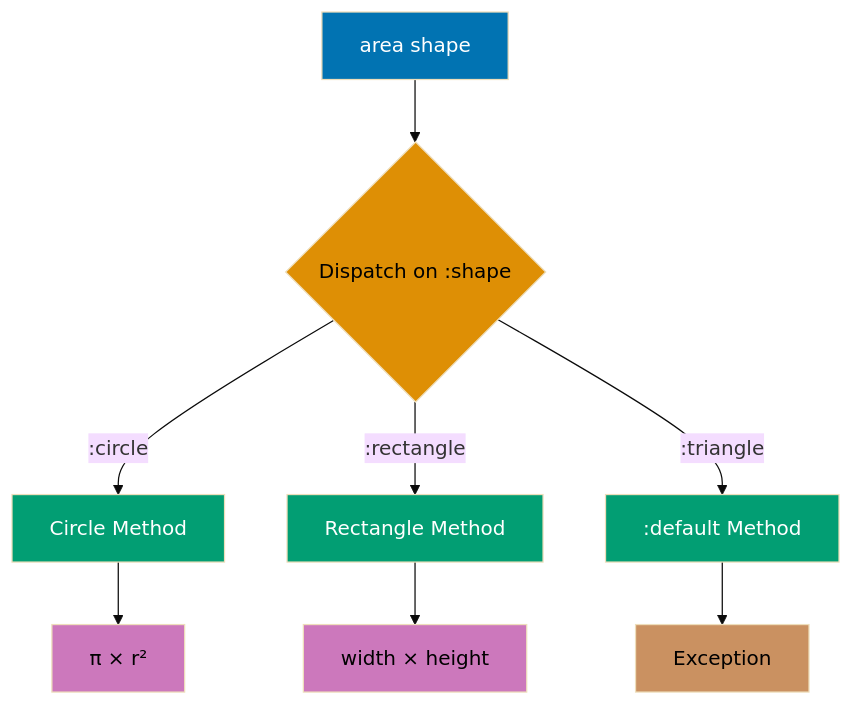
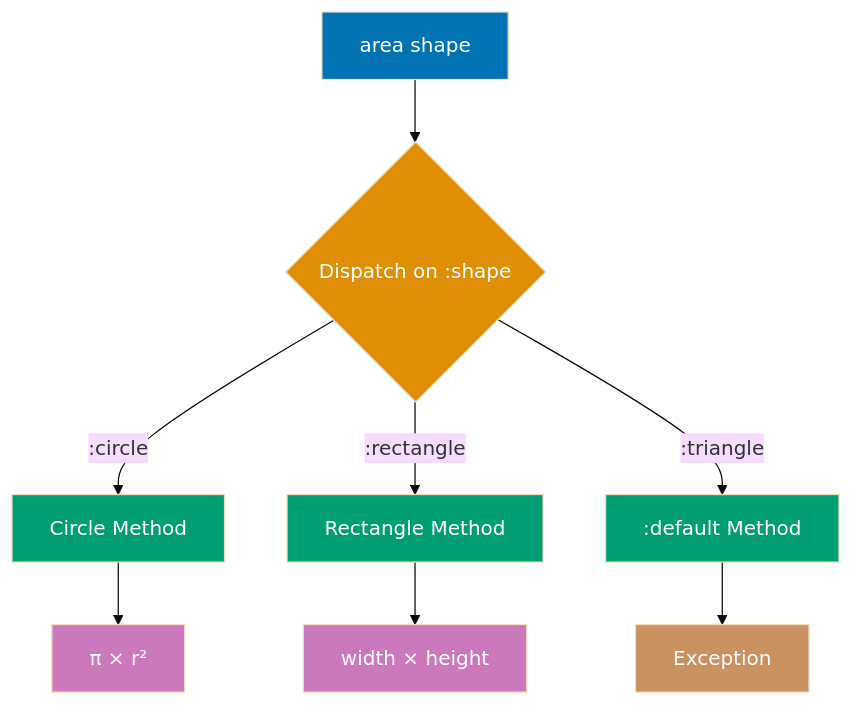
The first of 10 diagrams in apps/ayokoding-web/content/en/learn/software-engineering/programming-languages/clojure/by-example/intermediate.md (wahidyankf/open-sharia-enterprise), drawn with Mermaid (base theme) before and after one commit. The commit also changed other lines of this file and 61 other files, not shown here.

First line of the commit message:
fix(ayokoding-web): quote Mermaid node labels with special characters in Example 63

````diff
--- a/apps/ayokoding-web/content/en/learn/software-engineering/programming-languages/clojure/by-example/intermediate.md
+++ b/apps/ayokoding-web/content/en/learn/software-engineering/programming-languages/clojure/by-example/intermediate.md
@@ -15,20 +15,20 @@
 ```mermaid
 %% Multimethod dispatch flow
 graph TD
     A[area shape] --> B{Dispatch on :shape}
     B -->|:circle| C[Circle Method]
     B -->|:rectangle| D[Rectangle Method]
     B -->|:triangle| E[:default Method]
     C --> F[π × r²]
     D --> G[width × height]
     E --> H[Exception]
 
     style A fill:#0173B2,color:#fff
-    style B fill:#DE8F05,color:#000
+    style B fill:#DE8F05,color:#fff
     style C fill:#029E73,color:#fff
     style D fill:#029E73,color:#fff
     style E fill:#029E73,color:#fff
-    style F fill:#CC78BC,color:#000
-    style G fill:#CC78BC,color:#000
-    style H fill:#CA9161,color:#000
+    style F fill:#CC78BC,color:#fff
+    style G fill:#CC78BC,color:#fff
+    style H fill:#CA9161,color:#fff
 ```
````
